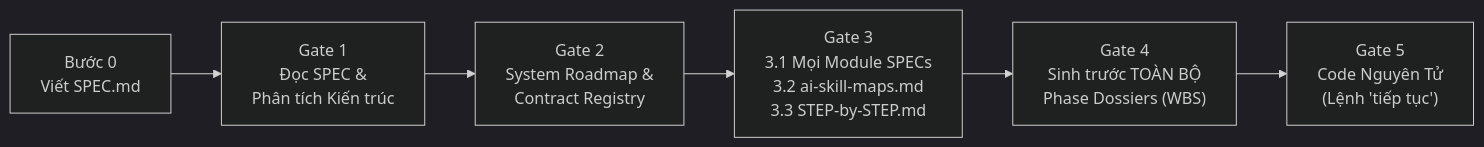
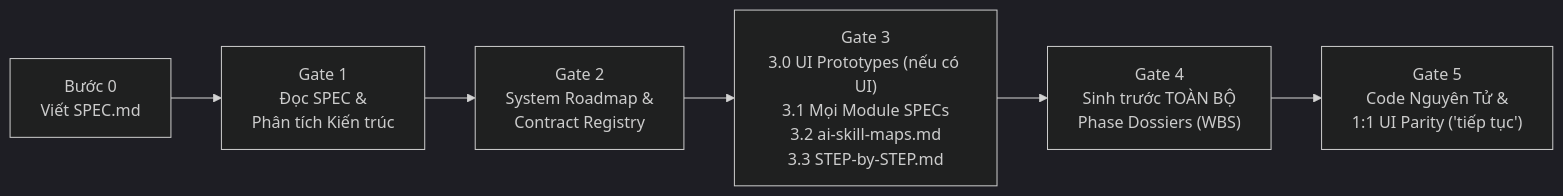
Before and after one commit to chien5572/ntc-micro-harness: the diagram in README.vi.md, drawn with Mermaid (dark theme). The commit also changed other lines of this file and 18 other files, not shown here.

Commit message:
feat(harness): add Gate 3.0 UI prototype registry, 1:1 parity rules, and mechanical validator checks

````diff
--- a/README.vi.md
+++ b/README.vi.md
@@ -180,8 +189,8 @@
 ```mermaid
 flowchart LR
     S0["Bước 0<br/>Viết SPEC.md"] --> G1["Gate 1<br/>Đọc SPEC &<br/>Phân tích Kiến trúc"]
     G1 --> G2["Gate 2<br/>System Roadmap &<br/>Contract Registry"]
-    G2 --> G3["Gate 3<br/>3.1 Mọi Module SPECs<br/>3.2 ai-skill-maps.md<br/>3.3 STEP-by-STEP.md"]
+    G2 --> G3["Gate 3<br/>3.0 UI Prototypes (nếu có UI)<br/>3.1 Mọi Module SPECs<br/>3.2 ai-skill-maps.md<br/>3.3 STEP-by-STEP.md"]
     G3 --> G4["Gate 4<br/>Sinh trước TOÀN BỘ<br/>Phase Dossiers (WBS)"]
-    G4 --> G5["Gate 5<br/>Code Nguyên Tử<br/>(Lệnh 'tiếp tục')"]
+    G4 --> G5["Gate 5<br/>Code Nguyên Tử &<br/>1:1 UI Parity ('tiếp tục')"]
 ```
````
